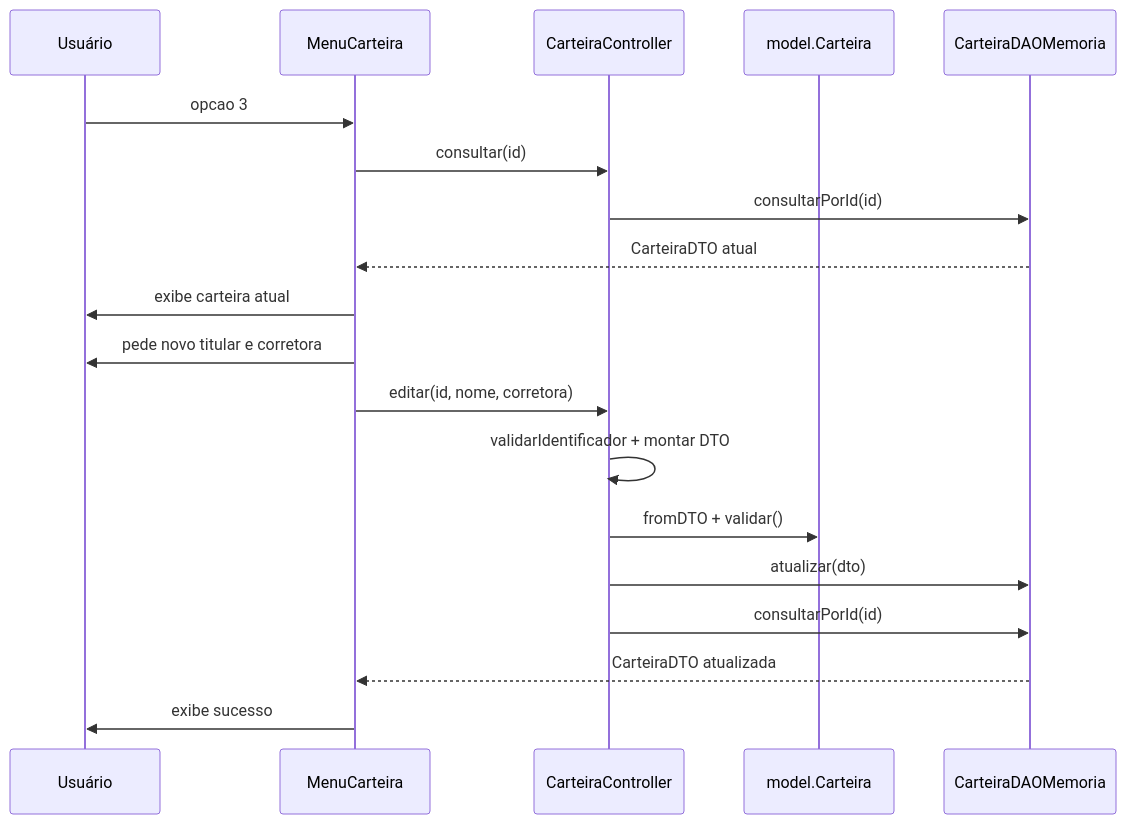
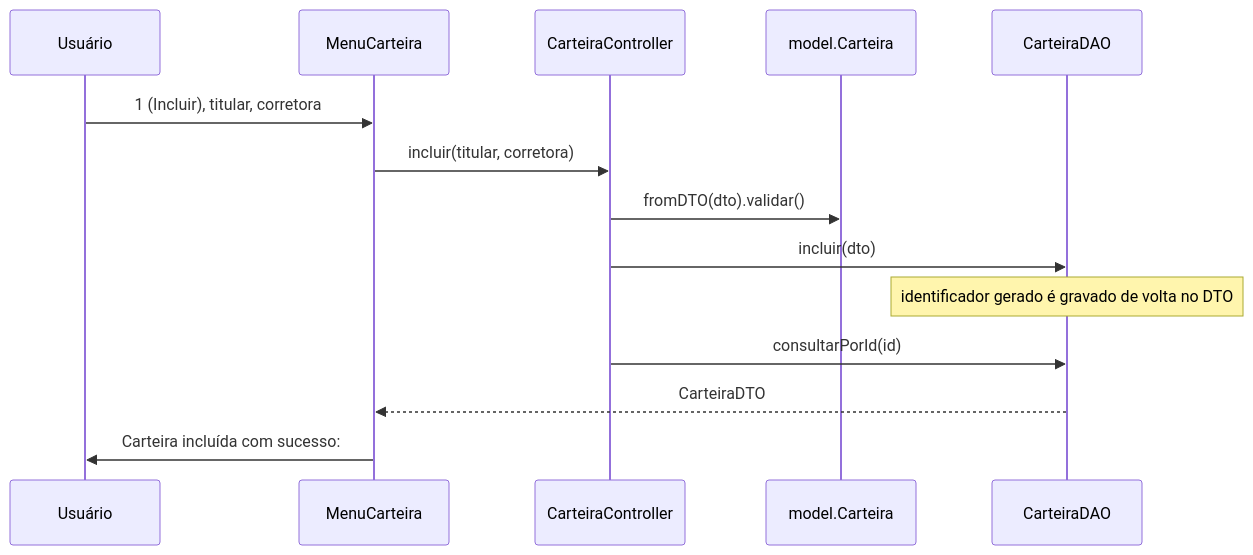
Before and after one commit to CassianoBorborema/FT_Coin: the third of 3 diagrams in docs/fluxo-carteira.md, drawn with Mermaid. The commit also changed other lines of this file and 107 other files, not shown here.

````diff
--- a/docs/fluxo-carteira.md
+++ b/docs/fluxo-carteira.md
@@ -196,22 +90,17 @@
 ```mermaid
 sequenceDiagram
-    participant User as Usuário
+    participant U as Usuário
     participant MC as MenuCarteira
-    participant Ctrl as CarteiraController
-    participant Model as model.Carteira
-    participant DAO as CarteiraDAOMemoria
+    participant C as CarteiraController
+    participant M as model.Carteira
+    participant D as CarteiraDAO
 
-    User->>MC: opcao 3
-    MC->>Ctrl: consultar(id)
-    Ctrl->>DAO: consultarPorId(id)
-    DAO-->>MC: CarteiraDTO atual
-    MC->>User: exibe carteira atual
-    MC->>User: pede novo titular e corretora
-    MC->>Ctrl: editar(id, nome, corretora)
-    Ctrl->>Ctrl: validarIdentificador + montar DTO
-    Ctrl->>Model: fromDTO + validar()
-    Ctrl->>DAO: atualizar(dto)
-    Ctrl->>DAO: consultarPorId(id)
-    DAO-->>MC: CarteiraDTO atualizada
-    MC->>User: exibe sucesso
+    U->>MC: 1 (Incluir), titular, corretora
+    MC->>C: incluir(titular, corretora)
+    C->>M: fromDTO(dto).validar()
+    C->>D: incluir(dto)
+    Note over D: identificador gerado é gravado de volta no DTO
+    C->>D: consultarPorId(id)
+    D-->>MC: CarteiraDTO
+    MC->>U: Carteira incluída com sucesso: #1 - Ana (corretora: XP)
 ```
````
